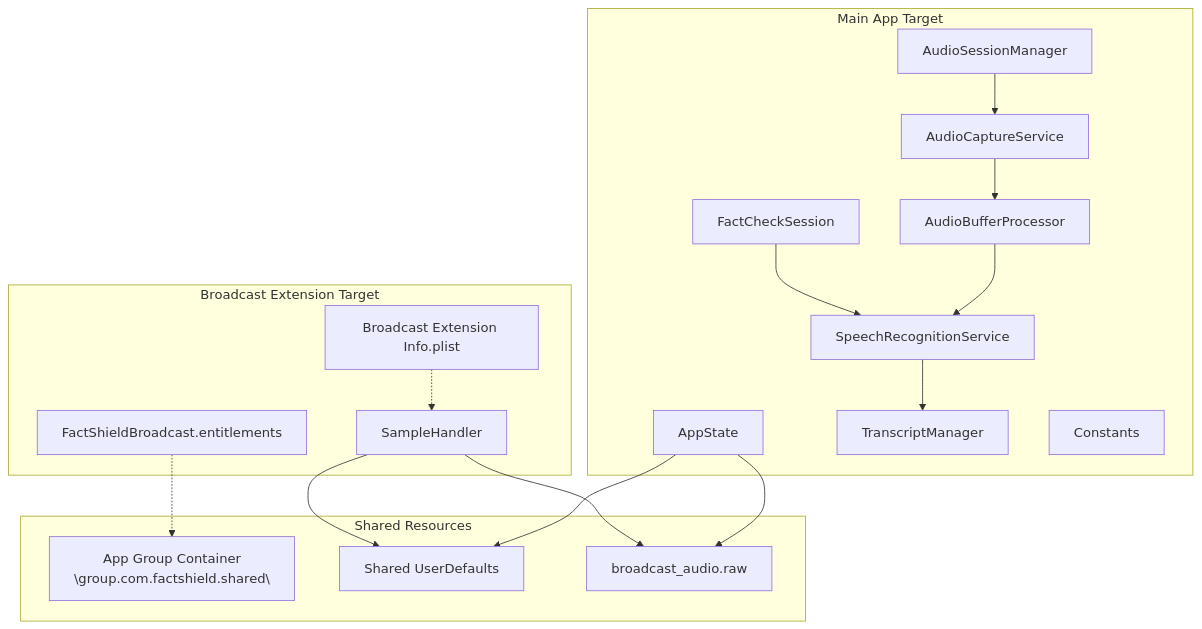
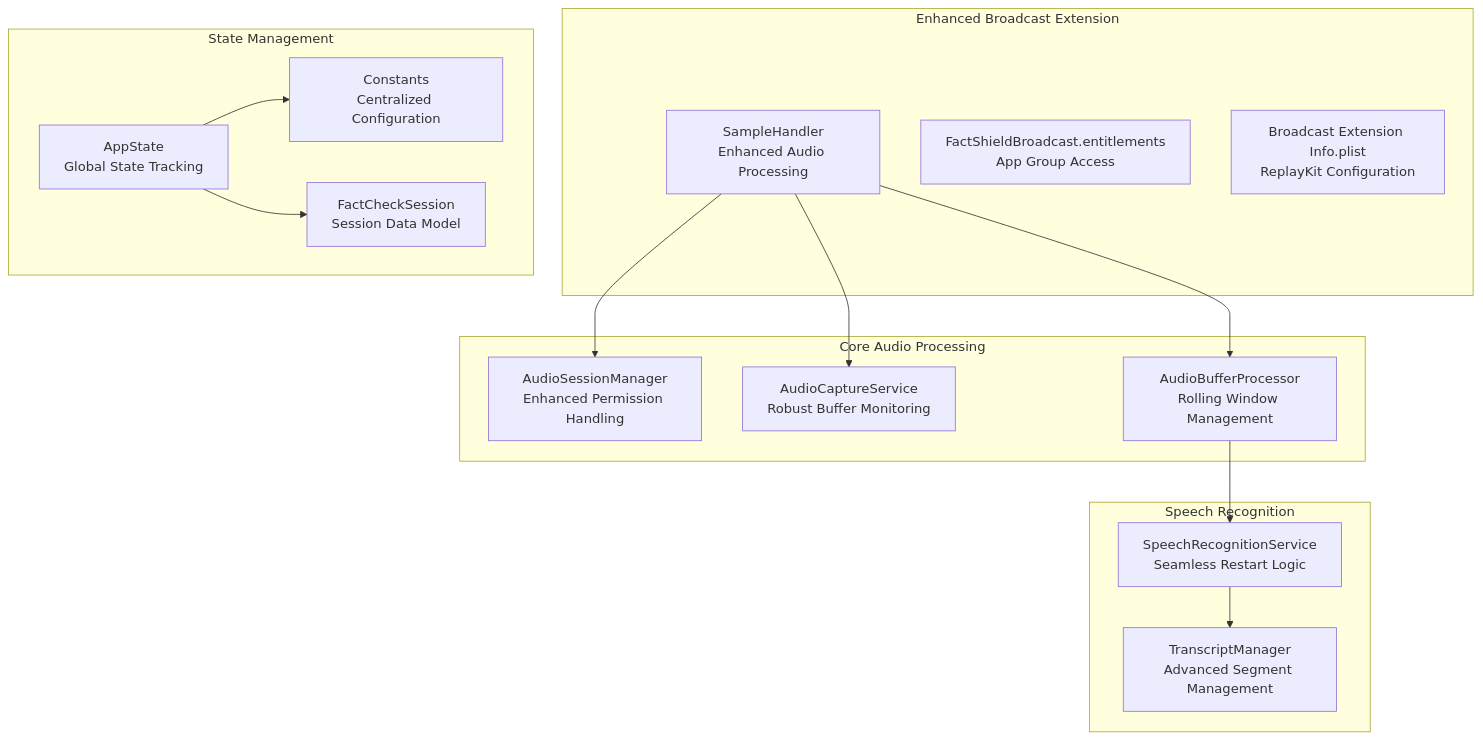
The first of 5 diagrams in .qoder/repowiki/en/content/System Integration/Broadcast Extension.md (alexandreybasta-cyber/factshield-ios), drawn with Mermaid before and after one commit. The commit also changed other lines of this file and 97 other files, not shown here.

````diff
--- a/.qoder/repowiki/en/content/System Integration/Broadcast Extension.md
+++ b/.qoder/repowiki/en/content/System Integration/Broadcast Extension.md
@@ -40,34 +49,29 @@
 ```mermaid
 graph TB
-subgraph "Main App Target"
-MA_AppState["AppState"]
-MA_AudioSession["AudioSessionManager"]
-MA_AudioCapture["AudioCaptureService"]
-MA_BufferProc["AudioBufferProcessor"]
-MA_Speech["SpeechRecognitionService"]
-MA_Transcript["TranscriptManager"]
-MA_Constants["Constants"]
-MA_Session["FactCheckSession"]
+subgraph "Enhanced Broadcast Extension"
+BE_SampleHandler["SampleHandler<br/>Enhanced Audio Processing"]
+BE_Entitlements["FactShieldBroadcast.entitlements<br/>App Group Access"]
+BE_Info["Broadcast Extension Info.plist<br/>ReplayKit Configuration"]
 end
-subgraph "Broadcast Extension Target"
-BE_SampleHandler["SampleHandler"]
-BE_Entitlements["FactShieldBroadcast.entitlements"]
-BE_Info["Broadcast Extension Info.plist"]
+subgraph "Core Audio Processing"
+AP_Session["AudioSessionManager<br/>Enhanced Permission Handling"]
+AP_Capture["AudioCaptureService<br/>Robust Buffer Monitoring"]
+AP_Processor["AudioBufferProcessor<br/>Rolling Window Management"]
 end
-subgraph "Shared Resources"
-SG_AppGroup["App Group Container<br/>\"group.com.factshield.shared\""]
-SG_UserDefaults["Shared UserDefaults"]
-SG_File["broadcast_audio.raw"]
+subgraph "Speech Recognition"
+SR_Service["SpeechRecognitionService<br/>Seamless Restart Logic"]
+TR_Manager["TranscriptManager<br/>Advanced Segment Management"]
 end
-MA_AppState --> SG_UserDefaults
-MA_AppState --> SG_File
-BE_SampleHandler --> SG_File
-BE_SampleHandler --> SG_UserDefaults
-MA_AudioSession --> MA_AudioCapture
-MA_AudioCapture --> MA_BufferProc
-MA_BufferProc --> MA_Speech
-MA_Speech --> MA_Transcript
-MA_Session --> MA_Speech
-BE_Entitlements -.-> SG_AppGroup
-BE_Info -.-> BE_SampleHandler
+subgraph "State Management"
+AS_AppState["AppState<br/>Global State Tracking"]
+CN_Constants["Constants<br/>Centralized Configuration"]
+FC_Session["FactCheckSession<br/>Session Data Model"]
+end
+BE_SampleHandler --> AP_Session
+BE_SampleHandler --> AP_Capture
+BE_SampleHandler --> AP_Processor
+AP_Processor --> SR_Service
+SR_Service --> TR_Manager
+AS_AppState --> CN_Constants
+AS_AppState --> FC_Session
 ```
````
